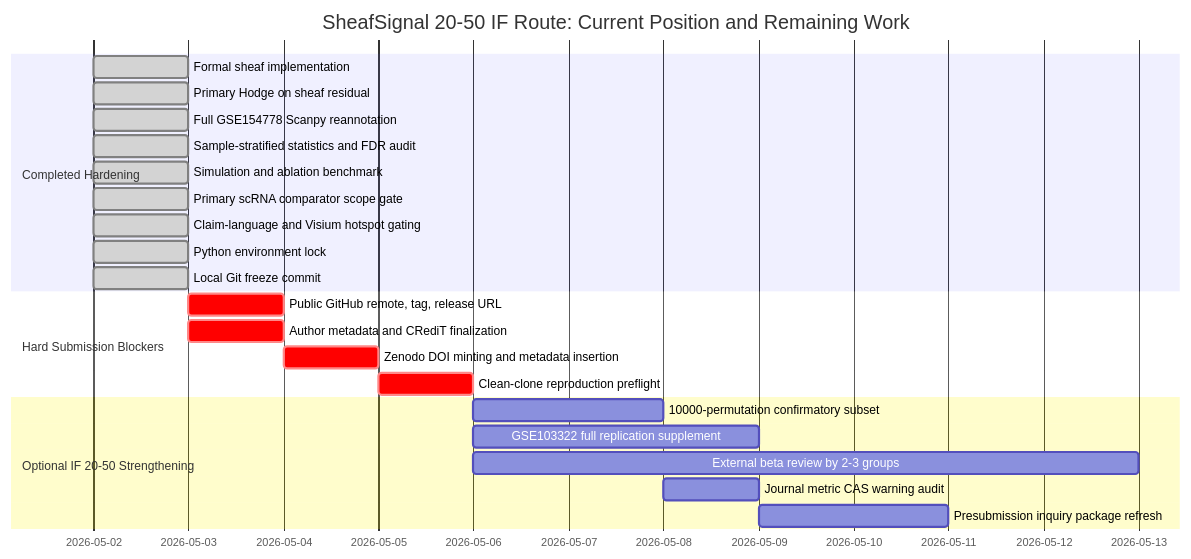
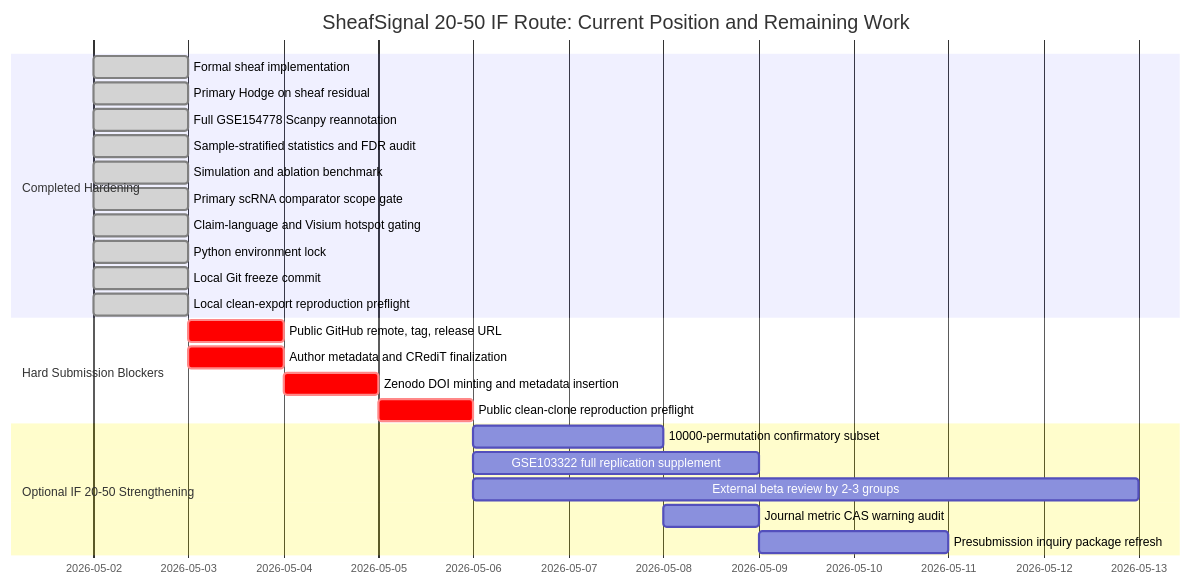
The diagram in manuscript/IF20_50_DISTANCE_REPORT.md (healthgreat/SheafSignal), drawn with Mermaid before and after one commit. The commit also changed other lines of this file and 11 other files, not shown here.

Commit message:
Record clean export preflight evidence

````diff
--- a/manuscript/IF20_50_DISTANCE_REPORT.md
+++ b/manuscript/IF20_50_DISTANCE_REPORT.md
@@ -49,29 +50,30 @@
 ```mermaid
 gantt
     title SheafSignal 20-50 IF Route: Current Position and Remaining Work
     dateFormat  YYYY-MM-DD
 
     section Completed Hardening
     Formal sheaf implementation                  :done, 2026-05-02, 1d
     Primary Hodge on sheaf residual              :done, 2026-05-02, 1d
     Full GSE154778 Scanpy reannotation           :done, 2026-05-02, 1d
     Sample-stratified statistics and FDR audit   :done, 2026-05-02, 1d
     Simulation and ablation benchmark            :done, 2026-05-02, 1d
     Primary scRNA comparator scope gate          :done, 2026-05-02, 1d
     Claim-language and Visium hotspot gating     :done, 2026-05-02, 1d
     Python environment lock                      :done, 2026-05-02, 1d
     Local Git freeze commit                      :done, 2026-05-02, 1d
+    Local clean-export reproduction preflight    :done, 2026-05-02, 1d
 
     section Hard Submission Blockers
     Public GitHub remote, tag, release URL       :crit, 2026-05-03, 1d
     Author metadata and CRediT finalization      :crit, 2026-05-03, 1d
     Zenodo DOI minting and metadata insertion    :crit, 2026-05-04, 1d
-    Clean-clone reproduction preflight           :crit, 2026-05-05, 1d
+    Public clean-clone reproduction preflight    :crit, 2026-05-05, 1d
 
     section Optional IF 20-50 Strengthening
     10000-permutation confirmatory subset        :2026-05-06, 2d
     GSE103322 full replication supplement        :2026-05-06, 3d
     External beta review by 2-3 groups           :2026-05-06, 7d
     Journal metric CAS warning audit             :2026-05-08, 1d
     Presubmission inquiry package refresh        :2026-05-09, 2d
 ```
````
